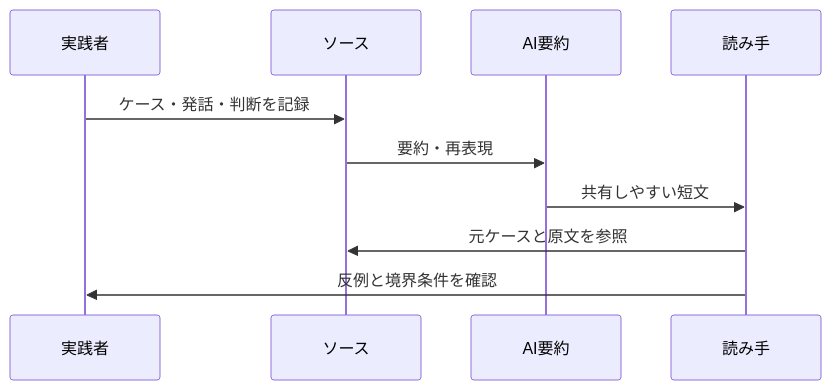
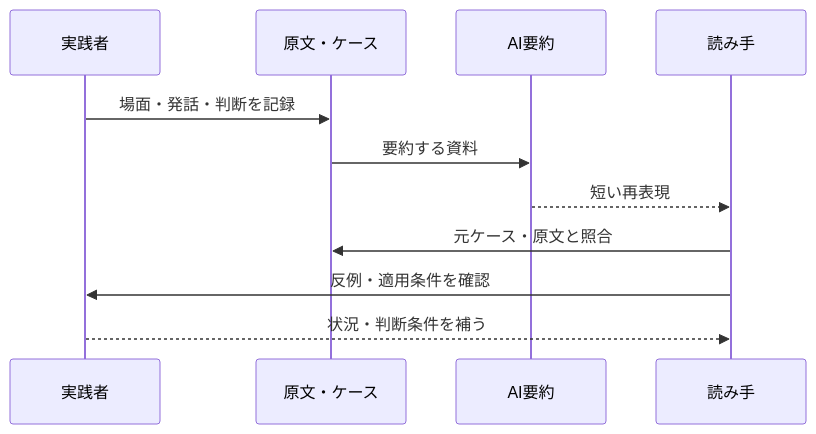
Before and after one commit to daylight55/research: the third of 3 diagrams in articles/report/comprehensive-understanding-paraphrase-risk/ja/index.mdx, drawn with Mermaid. The commit also changed other lines of this file and 181 other files, not shown here.

First line of the commit message:
全記事の図解368点を再生成し、共通注意書きを削除 (#402)

````diff
--- a/articles/report/comprehensive-understanding-paraphrase-risk/ja/index.mdx
+++ b/articles/report/comprehensive-understanding-paraphrase-risk/ja/index.mdx
@@ -155,12 +167,15 @@
 ```mermaid
 sequenceDiagram
+  accTitle: AI要約から原文・実践者へ戻る確認経路
+  accDescr: 読み手は要約から元ケースへ戻り、実践者に反例と適用条件を確認する。
   participant P as 実践者
-  participant S as ソース
+  participant S as 原文・ケース
   participant A as AI要約
   participant R as 読み手
-  P->>S: ケース・発話・判断を記録
-  S->>A: 要約・再表現
-  A->>R: 共有しやすい短文
-  R->>S: 元ケースと原文を参照
-  R->>P: 反例と境界条件を確認
+  P->>S: 場面・発話・判断を記録
+  S->>A: 要約する資料
+  A-->>R: 短い再表現
+  R->>S: 元ケース・原文と照合
+  R->>P: 反例・適用条件を確認
+  P-->>R: 状況・判断条件を補う
 ```
````
